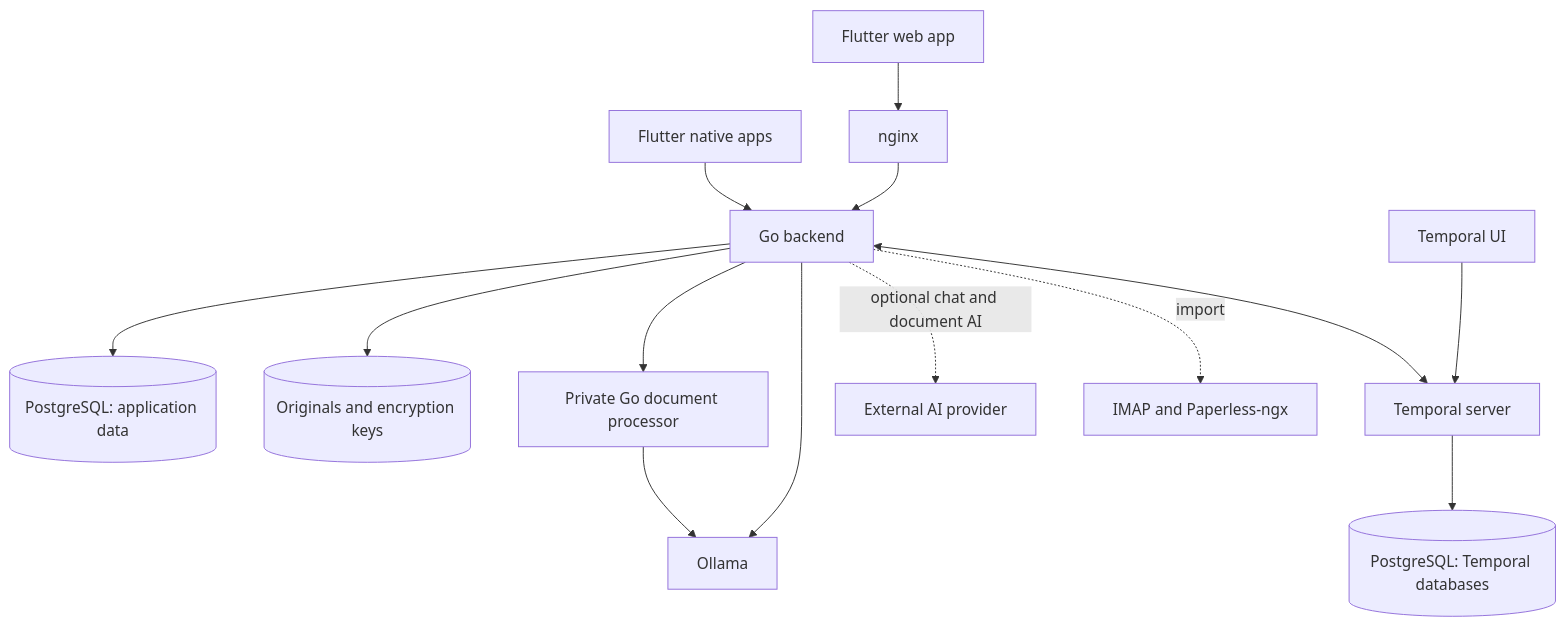
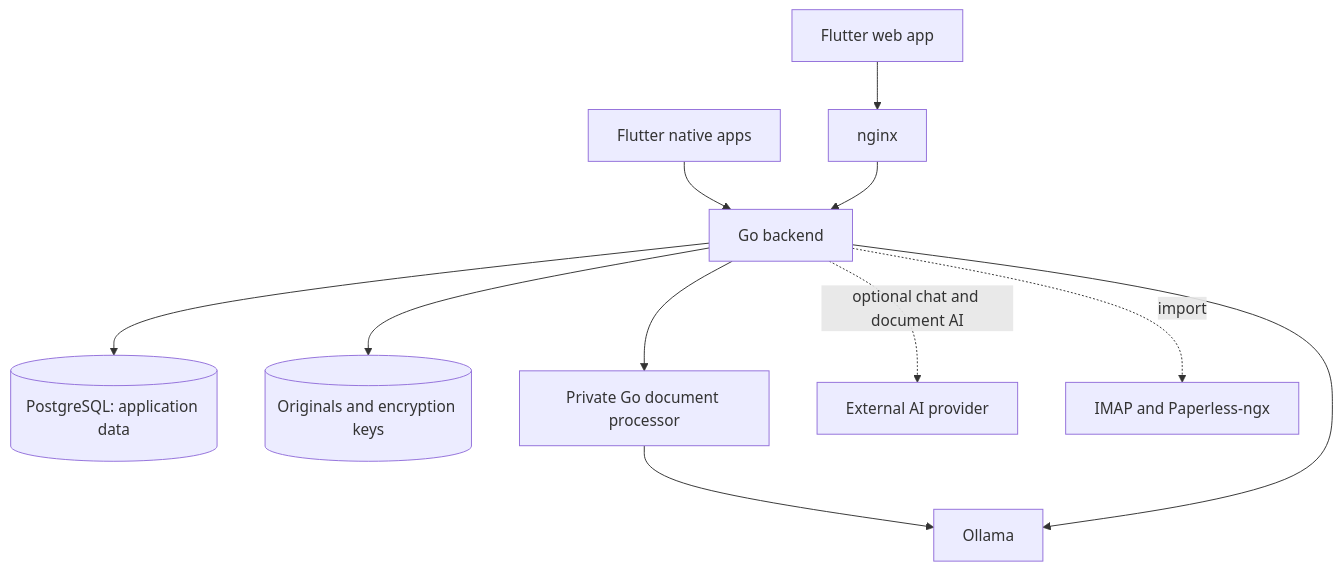
Before and after one commit to saschTa/domabas: the diagram in architecture.md, drawn with Mermaid. The commit also changed other lines of this file and 243 other files, not shown here.

````diff
--- a/architecture.md
+++ b/architecture.md
@@ -29,16 +26,13 @@
 ```mermaid
 flowchart TD
   Browser[Flutter web app] --> Web[nginx]
   Native[Flutter native apps] --> API[Go backend]
   Web --> API
   API --> DB[(PostgreSQL: application data)]
   API --> Files[(Originals and encryption keys)]
-  API <--> Temporal[Temporal server]
-  Temporal --> History[(PostgreSQL: Temporal databases)]
-  Dashboard[Temporal UI] --> Temporal
   API --> Processor[Private Go document processor]
   Processor --> Ollama[Ollama]
   API --> Ollama
   API -. optional chat and document AI .-> Provider[External AI provider]
   API -. import .-> Sources[IMAP and Paperless-ngx]
 ```
````
